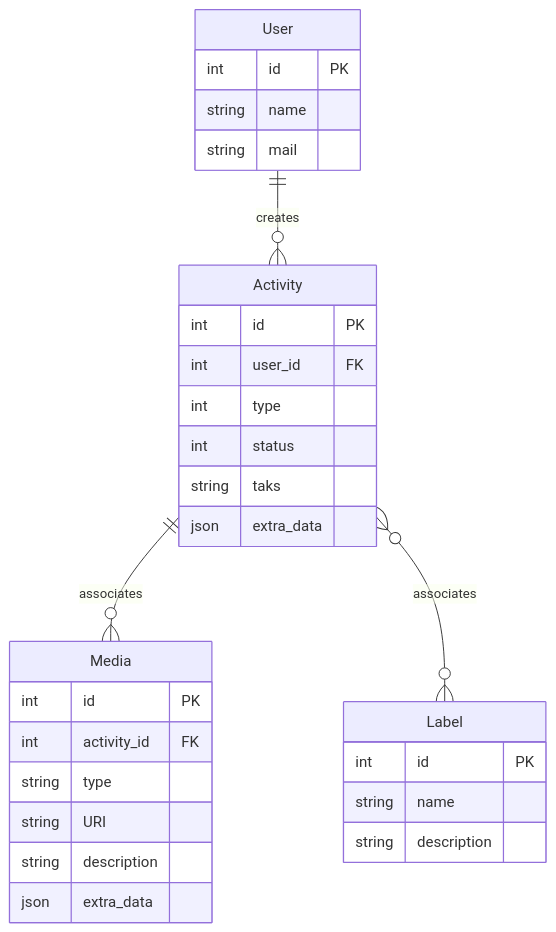
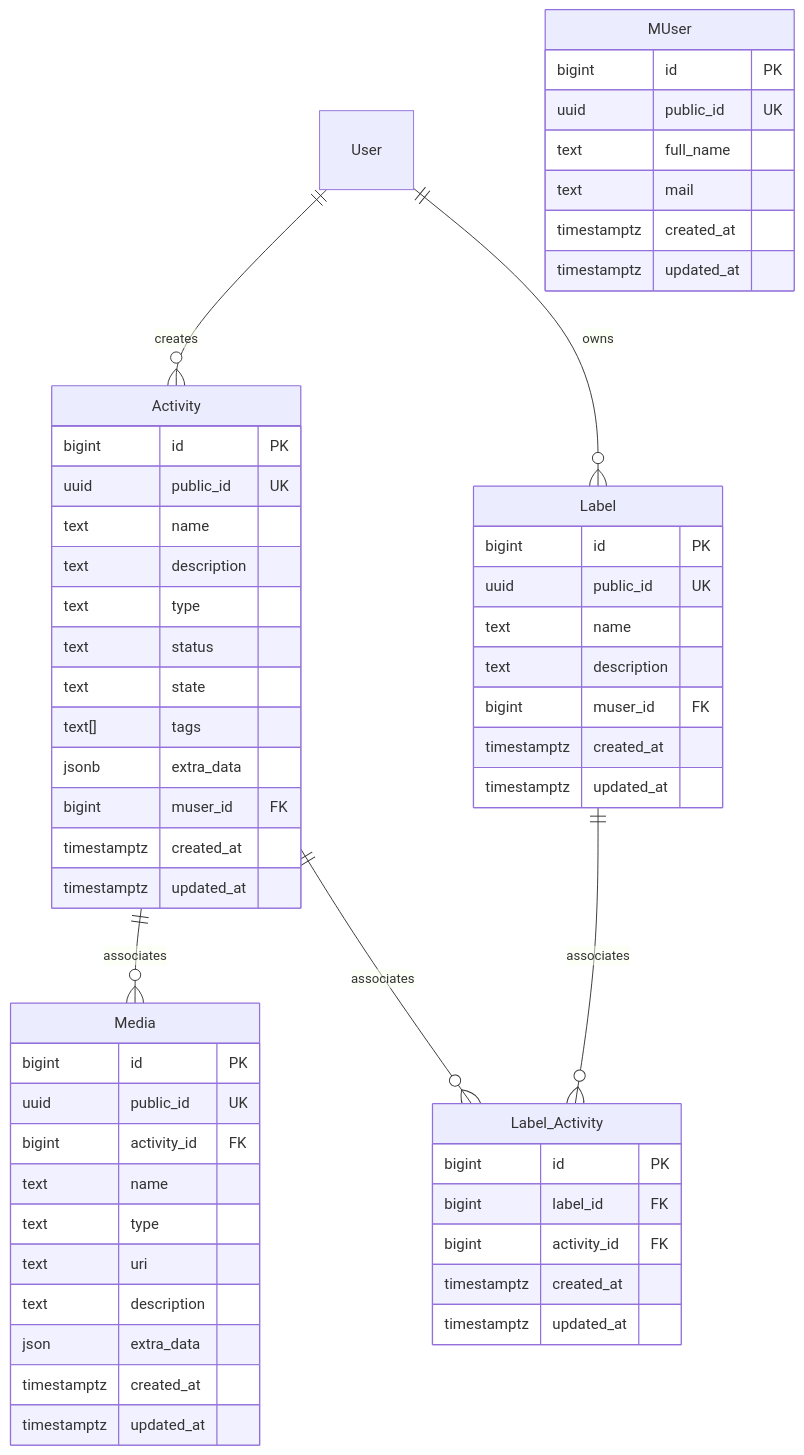
The diagram in Project.MD (andrescosta/todo-spring-react), drawn with Mermaid before and after one commit.

Commit message:
improved references

````diff
--- a/Project.MD
+++ b/Project.MD
@@ -7,35 +7,61 @@
 ```mermaid
 erDiagram
   User ||--o{ Activity : creates
   Activity ||--o{ Media : associates
-  Activity }o--o{ Label : associates
+  Activity ||--o{ Label_Activity : associates
+  User ||--o{ Label: owns
+  Label ||--o{ Label_Activity : associates
 
-  User {
-      int id PK
-      string name
-      string mail
+  MUser {
+      bigint id PK
+      uuid public_id UK
+      text full_name
+      text mail
+      timestamptz created_at
+      timestamptz updated_at
   }
   Activity {
-    int id PK
-    int user_id FK
-    int type
-    int status
-    string taks
-    json extra_data
+    bigint id PK
+    uuid public_id UK
+    text name
+    text description
+    text type
+    text status
+    text state
+    text[] tags
+    jsonb extra_data
+    bigint muser_id FK
+    timestamptz created_at
+    timestamptz updated_at
   }
   
   Label {
-    int id PK
-    string name
-    string description
+    bigint id PK
+    uuid public_id UK
+    text name
+    text description
+    bigint muser_id FK
+    timestamptz created_at
+    timestamptz updated_at
   }
 
   Media {
-    int id PK
-    int activity_id FK
-    string type
-    string URI
-    string description
+    bigint id PK
+    uuid public_id UK
+    bigint activity_id FK
+    text name
+    text type
+    text uri
+    text description
     json extra_data
+    timestamptz created_at
+    timestamptz updated_at
+  }
+  Label_Activity {
+    bigint id PK
+    bigint label_id FK
+    bigint activity_id FK
+    timestamptz created_at
+    timestamptz updated_at
   }
 ```
````
